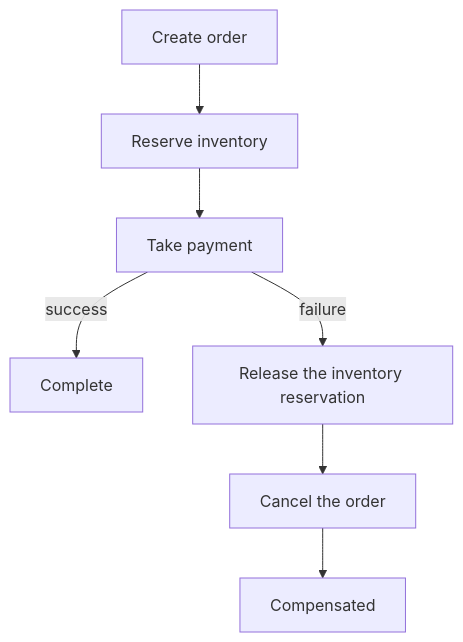
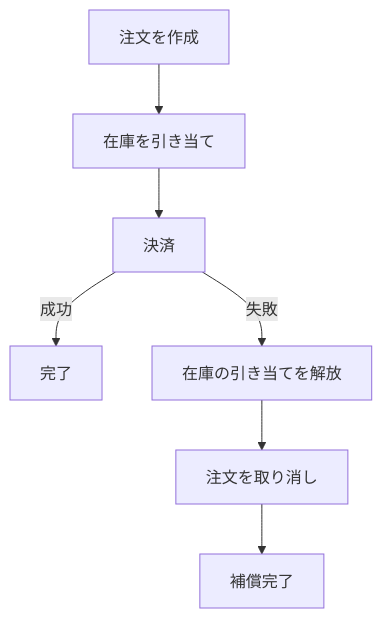
One commit to Tomy-ch/go-boilerplate changed the fourth of 4 diagrams in docs/plan/distributed-ready-architecture.md. Above: the diagram before and after it, drawn with Mermaid. The commit also changed other lines of this file and 970 other files, not shown here.

````diff
--- a/docs/plan/distributed-ready-architecture.md
+++ b/docs/plan/distributed-ready-architecture.md
@@ -196,9 +187,9 @@
 ```mermaid
 flowchart TB
-    s1["Create order"] --> s2["Reserve inventory"]
-    s2 --> s3["Take payment"]
-    s3 -->|"success"| done["Complete"]
-    s3 -->|"failure"| c2["Release the inventory reservation"]
-    c2 --> c1["Cancel the order"]
-    c1 --> failed["Compensated"]
+    s1["注文を作成"] --> s2["在庫を引き当て"]
+    s2 --> s3["決済"]
+    s3 -->|"成功"| done["完了"]
+    s3 -->|"失敗"| c2["在庫の引き当てを解放"]
+    c2 --> c1["注文を取り消し"]
+    c1 --> failed["補償完了"]
 ```
````
